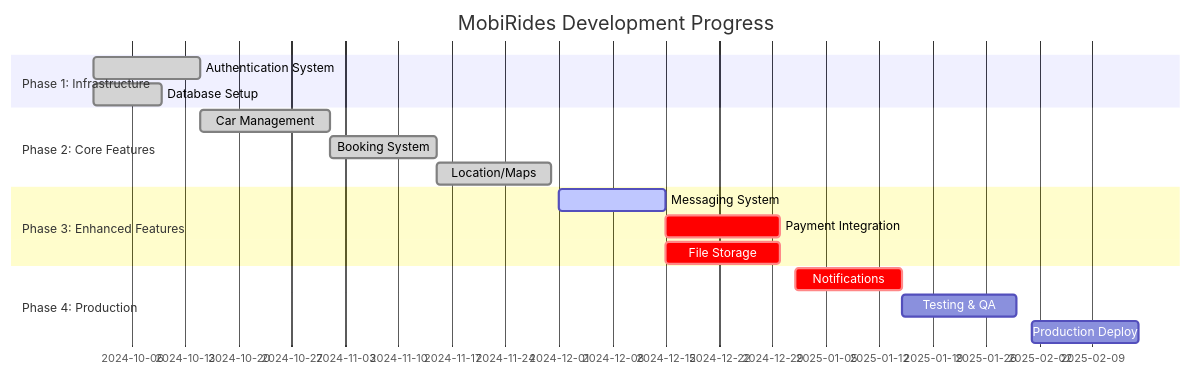
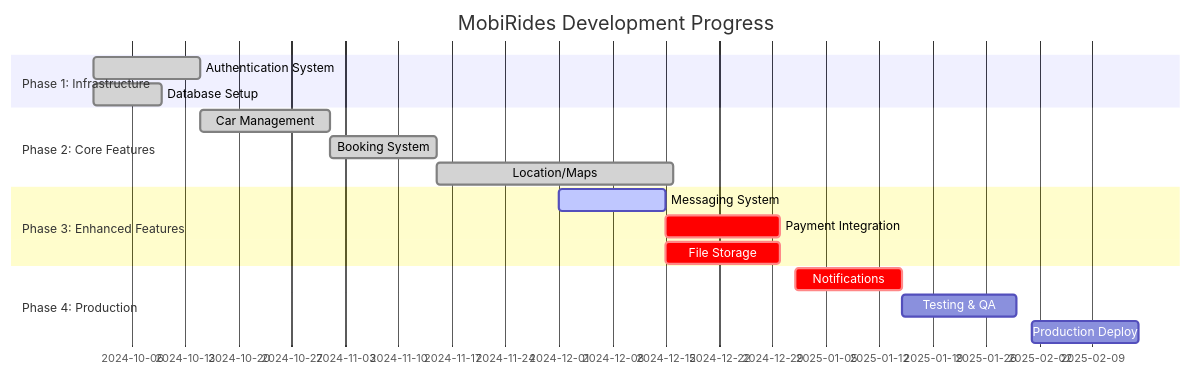
The fourth of 5 diagrams in docs/PROJECT_STATUS_UPDATE_REPORT.md (Mobi-Rides/mobirides-app), drawn with Mermaid before and after one commit. The commit also changed other lines of this file and 23 other files, not shown here.

````diff
--- a/docs/PROJECT_STATUS_UPDATE_REPORT.md
+++ b/docs/PROJECT_STATUS_UPDATE_REPORT.md
@@ -239,23 +239,23 @@
 ```mermaid
 gantt
     title MobiRides Development Progress
     dateFormat  YYYY-MM-DD
     section Phase 1: Infrastructure
     Authentication System    :done, auth, 2024-10-01, 2024-10-15
     Database Setup          :done, db, 2024-10-01, 2024-10-10
     
     section Phase 2: Core Features
     Car Management         :done, cars, 2024-10-15, 2024-11-01
     Booking System         :done, booking, 2024-11-01, 2024-11-15
-    Location/Maps          :done, maps, 2024-11-15, 2024-11-30
+    Location/Maps          :done, maps, 2024-11-15, 2024-12-16
     
     section Phase 3: Enhanced Features
     Messaging System       :active, msg, 2024-12-01, 2024-12-15
     Payment Integration    :crit, payment, 2024-12-15, 2024-12-30
     File Storage          :crit, files, 2024-12-15, 2024-12-30
     
     section Phase 4: Production
     Notifications         :crit, notif, 2025-01-01, 2025-01-15
     Testing & QA          :test, 2025-01-15, 2025-01-30
     Production Deploy     :deploy, 2025-02-01, 2025-02-15
 ```
````
